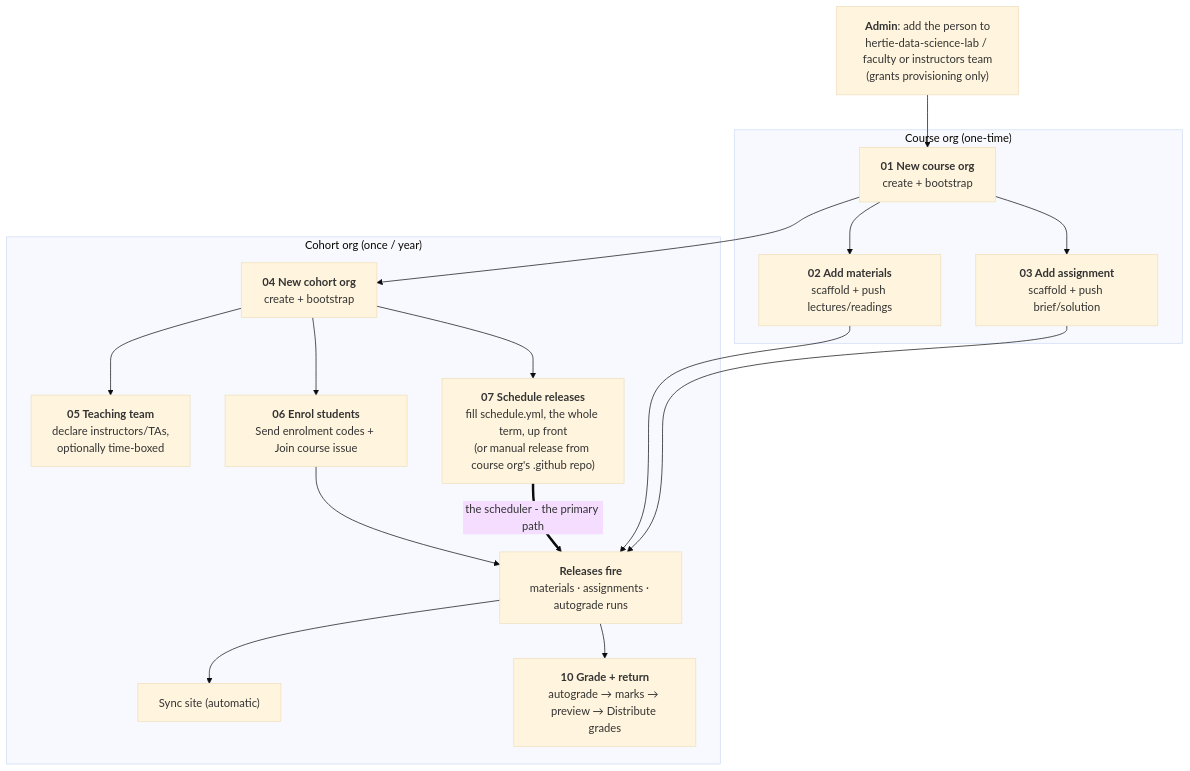
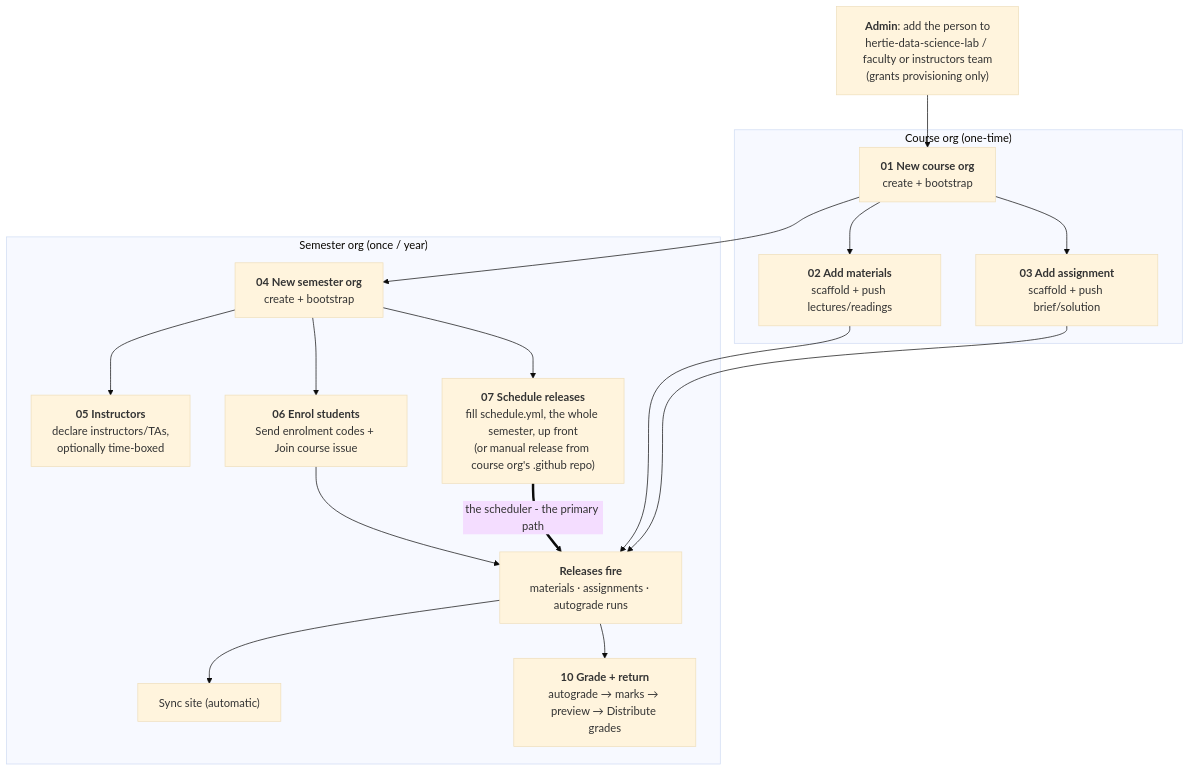
One commit to hertie-data-science-lab/dsl-teaching-toolkit changed the diagram in docs/README.md. Above: the diagram before and after it, drawn with Mermaid (base theme). The commit also changed other lines of this file and 290 other files, not shown here.

````diff
--- a/docs/README.md
+++ b/docs/README.md
@@ -17,46 +17,46 @@
 ```mermaid
 flowchart TD
   A["`**Admin**: add the person to
 hertie-data-science-lab / faculty or instructors team
 (grants provisioning only)`"] --> B
 
   subgraph COURSE["Course org (one-time)"]
     B["`**01 New course org**
 create + bootstrap`"]
     C["`**02 Add materials**
 scaffold + push lectures/readings`"]
     D["`**03 Add assignment**
 scaffold + push brief/solution`"]
     B --> C
     B --> D
   end
 
-  subgraph COHORT["Cohort org (once / year)"]
-    E["`**04 New cohort org**
+  subgraph SEMESTER["Semester org (once / year)"]
+    E["`**04 New semester org**
 create + bootstrap`"]
-    T["`**05 Teaching team**
+    T["`**05 Instructors**
 declare instructors/TAs,
 optionally time-boxed`"]
     F["`**06 Enrol students**
 Send enrolment codes + Join course issue`"]
     S["`**07 Schedule releases**
-fill schedule.yml, the whole term, up front
+fill schedule.yml, the whole semester, up front
 (or manual release from course org's .github repo)`"]
     G["`**Releases fire**
 materials · assignments · autograde runs`"]
     I["Sync site (automatic)"]
     J["`**10 Grade + return**
 autograde → marks → preview → Distribute grades`"]
     E --> T
     E --> F
     E --> S
     F --> G
     S ==>|"the scheduler - the primary path"| G
     G --> I
     G --> J
   end
 
   B --> E
   C --> G
   D --> G
 ```
````
